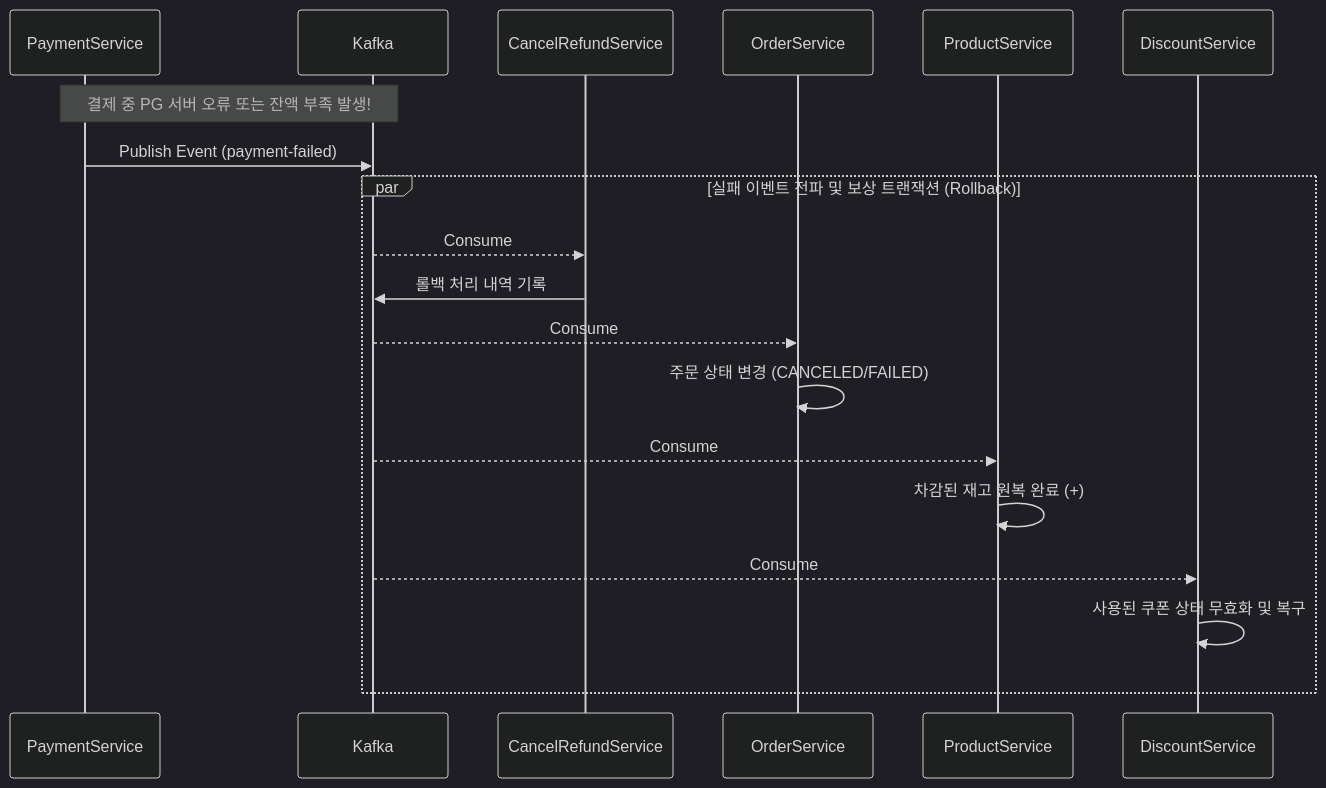
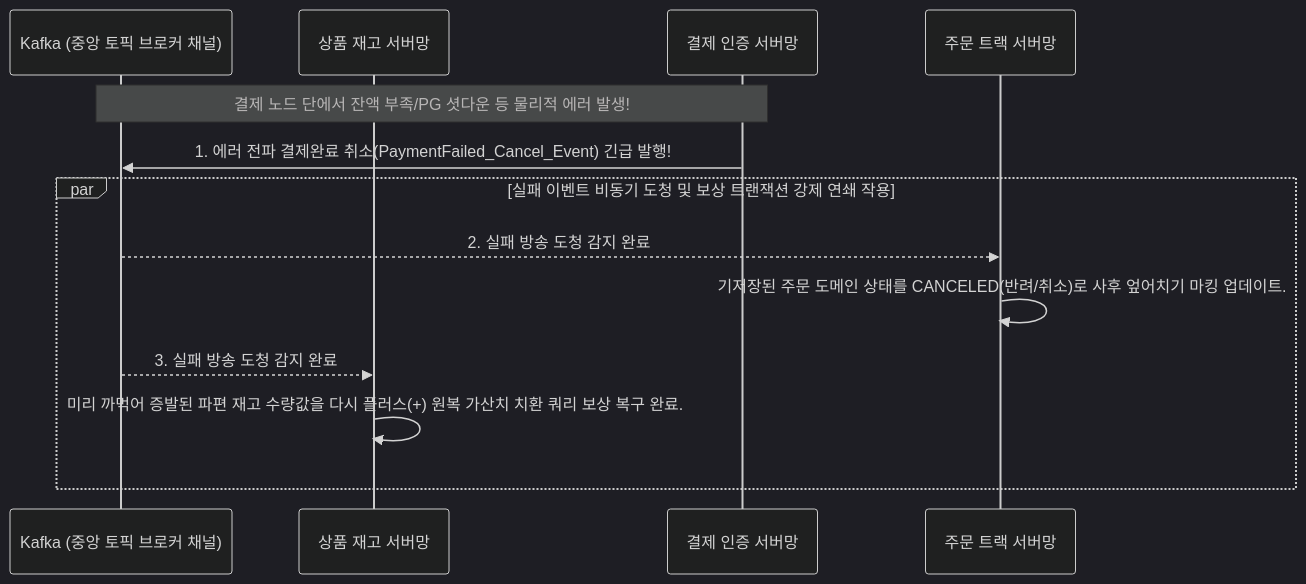
The diagram in src/posts/kafka-architecture.md (eatdu0918/dev_blog), drawn with Mermaid (dark theme) before and after one commit. The commit also changed other lines of this file and 24 other files, not shown here.

````diff
--- a/src/posts/kafka-architecture.md
+++ b/src/posts/kafka-architecture.md
@@ -128,26 +38,18 @@
 ```mermaid
 sequenceDiagram
-    participant PaymentService
-    participant Kafka
-    participant CancelRefundService
-    participant OrderService
-    participant ProductService
-    participant DiscountService
+    participant Kafka as Kafka (중앙 토픽 브로커 채널)
+    participant Product as 상품 재고 서버망
+    participant Payment as 결제 인증 서버망
+    participant Order as 주문 트랙 서버망
 
-    Note over PaymentService,Kafka: 결제 중 PG 서버 오류 또는 잔액 부족 발생!
-    PaymentService->>Kafka: Publish Event (payment-failed)
+    Note over Payment,Kafka: 결제 노드 단에서 잔액 부족/PG 셧다운 등 물리적 에러 발생!
+    Payment->>Kafka: 1. 에러 전파 결제완료 취소(PaymentFailed_Cancel_Event) 긴급 발행!
     
-    par 실패 이벤트 전파 및 보상 트랜잭션 (Rollback)
-        Kafka-->>CancelRefundService: Consume
-        CancelRefundService->>Kafka: 롤백 처리 내역 기록 
+    par 실패 이벤트 비동기 도청 및 보상 트랜잭션 강제 연쇄 작용
+        Kafka-->>Order: 2. 실패 방송 도청 감지 완료
+        Order->>Order: 기저장된 주문 도메인 상태를 CANCELED(반려/취소)로 사후 엎어치기 마킹 업데이트.
         
-        Kafka-->>OrderService: Consume
-        OrderService->>OrderService: 주문 상태 변경 (CANCELED/FAILED)
-        
-        Kafka-->>ProductService: Consume
-        ProductService->>ProductService: 차감된 재고 원복 완료 (+)
-        
-        Kafka-->>DiscountService: Consume
-        DiscountService->>DiscountService: 사용된 쿠폰 상태 무효화 및 복구
+        Kafka-->>Product: 3. 실패 방송 도청 감지 완료
+        Product->>Product: 미리 까먹어 증발된 파편 재고 수량값을 다시 플러스(+) 원복 가산치 치환 쿼리 보상 복구 완료.
     end
 ```
````
